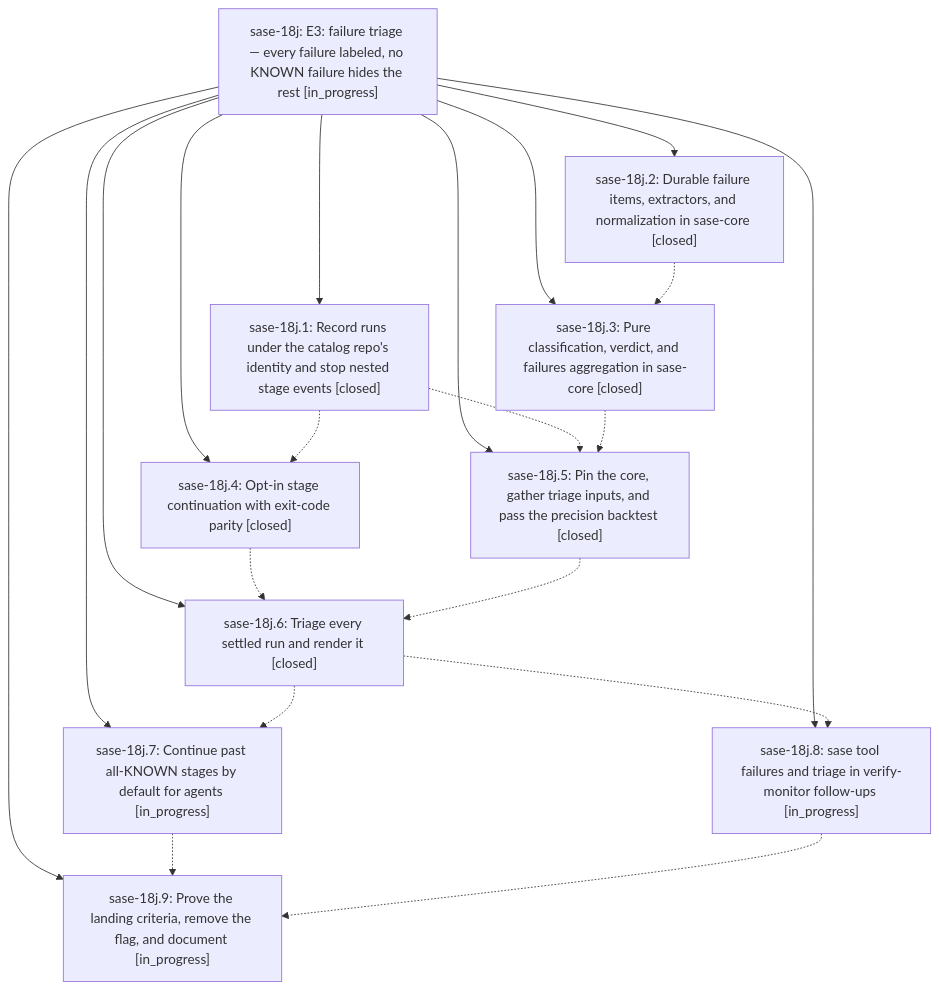
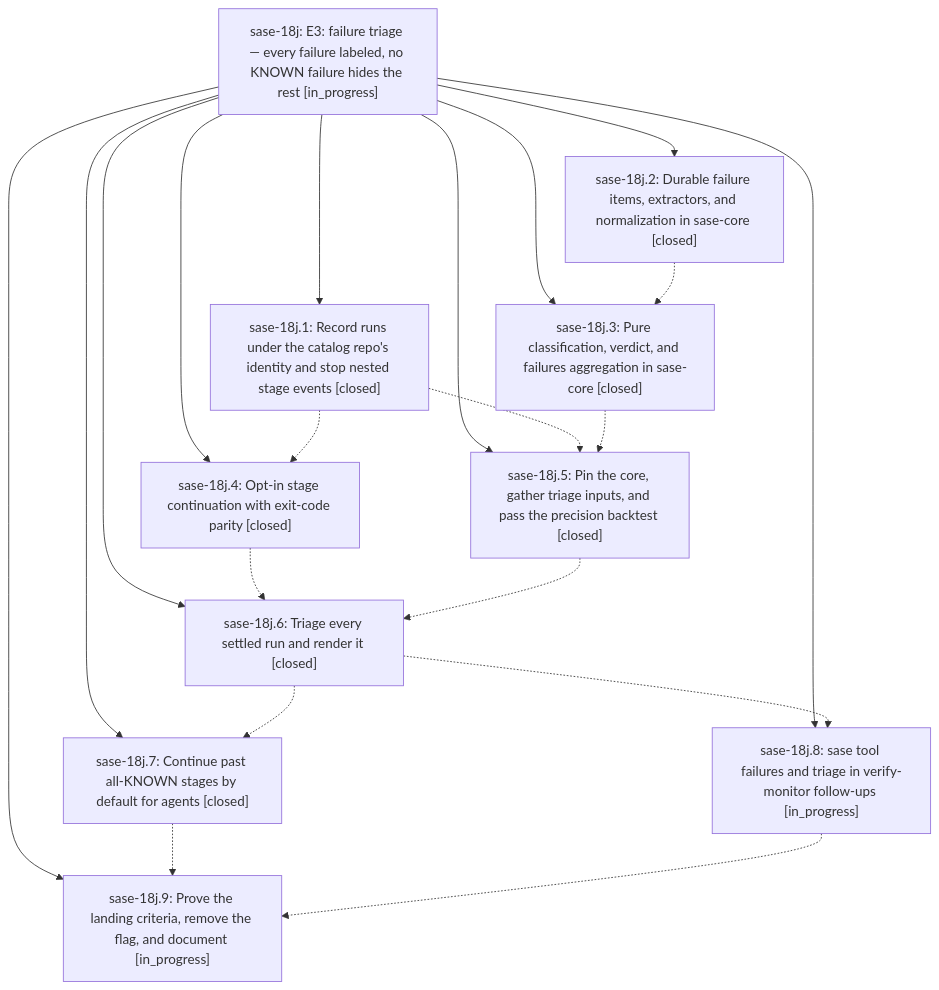
The diagram in pages/sase-18j/README.md (sase-org/sase--beads), drawn with Mermaid before and after one commit. The commit also changed other lines of this file and 6 other files, not shown here.

````diff
--- a/pages/sase-18j/README.md
+++ b/pages/sase-18j/README.md
@@ -42,32 +42,32 @@
 ```mermaid
 flowchart TD
     n0["sase-18j: E3: failure triage — every failure labeled, no KNOWN failure hides the rest [in_progress]"]
     n1["sase-18j.1: Record runs under the catalog repo's identity and stop nested stage events [closed]"]
     n2["sase-18j.2: Durable failure items, extractors, and normalization in sase-core [closed]"]
     n3["sase-18j.3: Pure classification, verdict, and failures aggregation in sase-core [closed]"]
     n4["sase-18j.4: Opt-in stage continuation with exit-code parity [closed]"]
     n5["sase-18j.5: Pin the core, gather triage inputs, and pass the precision backtest [closed]"]
     n6["sase-18j.6: Triage every settled run and render it [closed]"]
-    n7["sase-18j.7: Continue past all-KNOWN stages by default for agents [in_progress]"]
+    n7["sase-18j.7: Continue past all-KNOWN stages by default for agents [closed]"]
     n8["sase-18j.8: sase tool failures and triage in verify-monitor follow-ups [in_progress]"]
     n9["sase-18j.9: Prove the landing criteria, remove the flag, and document [in_progress]"]
     n0 --> n1
     n0 --> n2
     n0 --> n3
     n0 --> n4
     n0 --> n5
     n0 --> n6
     n0 --> n7
     n0 --> n8
     n0 --> n9
     n1 -.-> n4
     n1 -.-> n5
     n2 -.-> n3
     n3 -.-> n5
     n4 -.-> n6
     n5 -.-> n6
     n6 -.-> n7
     n6 -.-> n8
     n7 -.-> n9
     n8 -.-> n9
 ```
````
